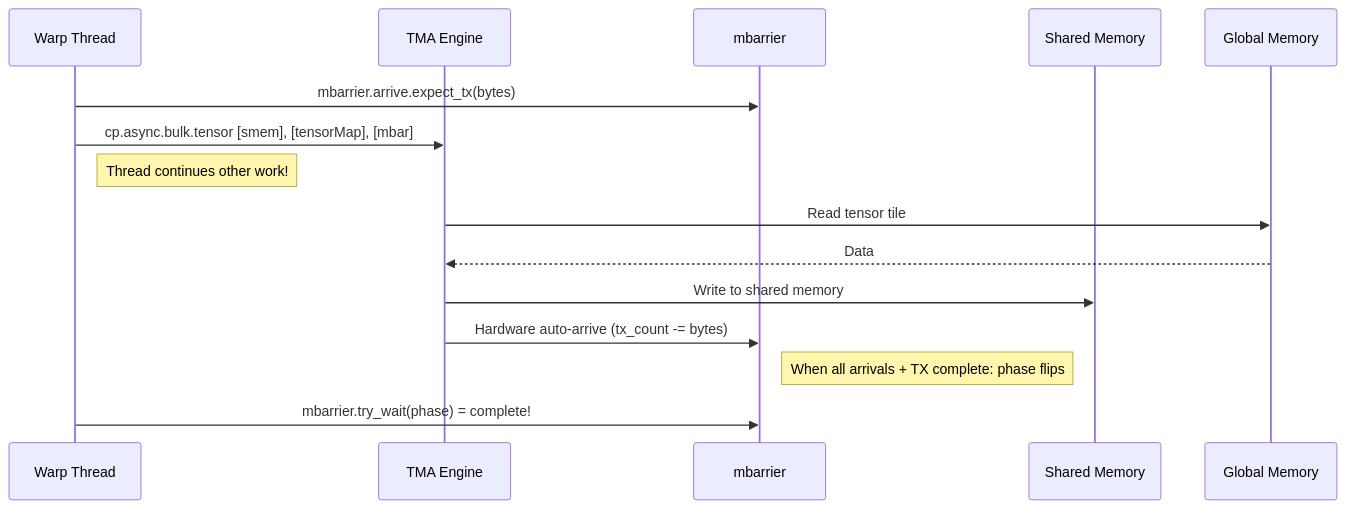
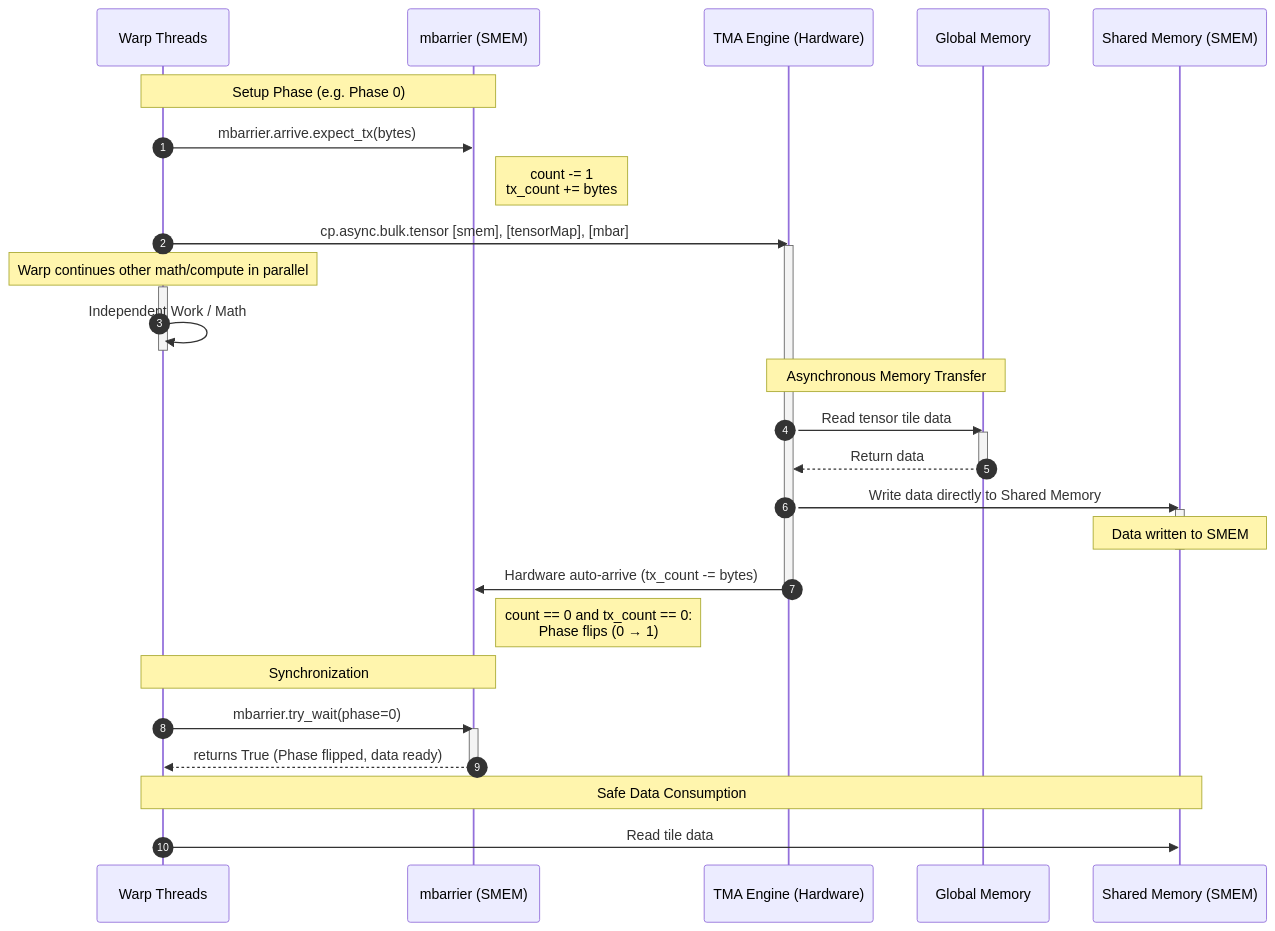
One commit to Darshan-Baslani/simple_portfolio changed diagram 20 of 33 in blog/gpu_masterclass/index.md. Above: the diagram before and after it, drawn with Mermaid. The commit also changed other lines of this file and 5 other files, not shown here.

````diff
--- a/blog/gpu_masterclass/index.md
+++ b/blog/gpu_masterclass/index.md
@@ -1219,18 +1243,43 @@
 ```mermaid
 sequenceDiagram
-    participant Thread as Warp Thread
-    participant TMA as TMA Engine
-    participant MBAR as mbarrier
-    participant SMEM as Shared Memory
+    autonumber
+    participant Warp as Warp Threads
+    participant MBAR as mbarrier (SMEM)
+    participant TMA as TMA Engine (Hardware)
     participant GMEM as Global Memory
+    participant SMEM as Shared Memory (SMEM)
 
-    Thread->>MBAR: mbarrier.arrive.expect_tx(bytes)
-    Thread->>TMA: cp.async.bulk.tensor [smem], [tensorMap], [mbar]
-    Note right of Thread: Thread continues other work!
-    TMA->>GMEM: Read tensor tile
-    GMEM-->>TMA: Data
-    TMA->>SMEM: Write to shared memory
+    Note over Warp, MBAR: Setup Phase (e.g. Phase 0)
+    Warp->>MBAR: mbarrier.arrive.expect_tx(bytes)
+    Note right of MBAR: count -= 1<br/>tx_count += bytes
+    
+    Warp->>TMA: cp.async.bulk.tensor [smem], [tensorMap], [mbar]
+    activate TMA
+    Note over Warp: Warp continues other math/compute in parallel
+    activate Warp
+    Warp->>Warp: Independent Work / Math
+    deactivate Warp
+    
+    Note over TMA, GMEM: Asynchronous Memory Transfer
+    TMA->>GMEM: Read tensor tile data
+    activate GMEM
+    GMEM-->>TMA: Return data
+    deactivate GMEM
+    TMA->>SMEM: Write data directly to Shared Memory
+    activate SMEM
+    Note over SMEM: Data written to SMEM
+    deactivate SMEM
+    
     TMA->>MBAR: Hardware auto-arrive (tx_count -= bytes)
-    Note right of MBAR: When all arrivals + TX complete: phase flips
-    Thread->>MBAR: mbarrier.try_wait(phase) = complete!
+    deactivate TMA
+    Note right of MBAR: count == 0 and tx_count == 0:<br/>Phase flips (0 → 1)
+    
+    Note over Warp, MBAR: Synchronization
+    Warp->>MBAR: mbarrier.try_wait(phase=0)
+    activate MBAR
+    MBAR-->>Warp: returns True (Phase flipped, data ready)
+    deactivate MBAR
+    
+    Note over Warp, SMEM: Safe Data Consumption
+    Warp->>SMEM: Read tile data
 ```
````
